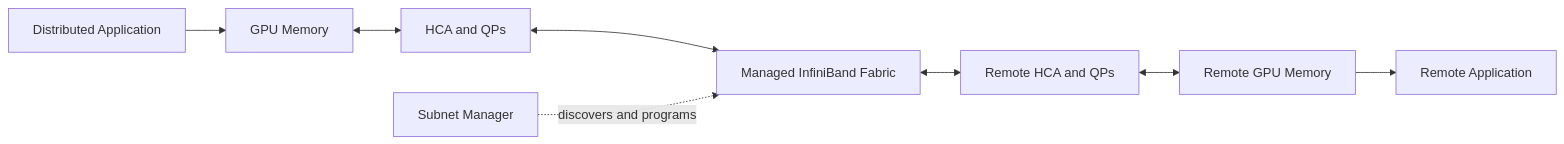
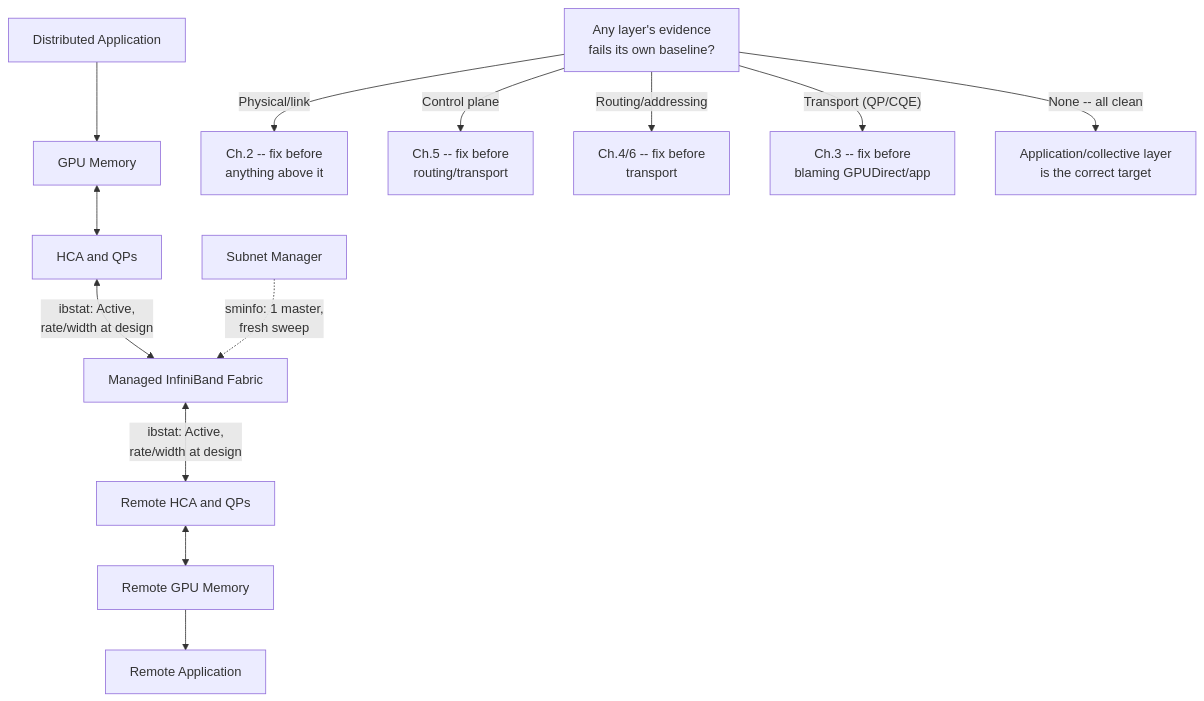
The first of 2 diagrams in docs/nvidia-zero-to-hero/volume-08/chapter-12-volume-08-summary.md (jithinpnjm/nvidia-devops), drawn with Mermaid before and after one commit. The commit also changed other lines of this file, not shown here.

````diff
--- a/docs/nvidia-zero-to-hero/volume-08/chapter-12-volume-08-summary.md
+++ b/docs/nvidia-zero-to-hero/volume-08/chapter-12-volume-08-summary.md
@@ -24,14 +24,16 @@
 ```mermaid
-flowchart LR
-    AppA[Distributed Application]
-    G0[GPU Memory]
-    H0[HCA and QPs]
-    F[Managed InfiniBand Fabric]
-    H1[Remote HCA and QPs]
-    G1[Remote GPU Memory]
-    AppB[Remote Application]
-    SM[Subnet Manager]
+flowchart TD
+    AppA[Distributed Application] --> G0[GPU Memory]
+    G0 <--> H0[HCA and QPs]
+    H0 <-->|"ibstat: Active,<br/>rate/width at design"| F[Managed InfiniBand Fabric]
+    F <-->|"ibstat: Active,<br/>rate/width at design"| H1[Remote HCA and QPs]
+    H1 <--> G1[Remote GPU Memory]
+    G1 --> AppB[Remote Application]
+    SM[Subnet Manager] -. "sminfo: 1 master,<br/>fresh sweep" .-> F
 
-    AppA --> G0 <--> H0 <--> F <--> H1 <--> G1 --> AppB
-    SM -. discovers and programs .-> F
+    Q["Any layer's evidence<br/>fails its own baseline?"] -->|"Physical/link"| R1["Ch.2 -- fix before<br/>anything above it"]
+    Q -->|"Control plane"| R2["Ch.5 -- fix before<br/>routing/transport"]
+    Q -->|"Routing/addressing"| R3["Ch.4/6 -- fix before<br/>transport"]
+    Q -->|"Transport (QP/CQE)"| R4["Ch.3 -- fix before<br/>blaming GPUDirect/app"]
+    Q -->|"None -- all clean"| R5["Application/collective layer<br/>is the correct target"]
 ```
````
